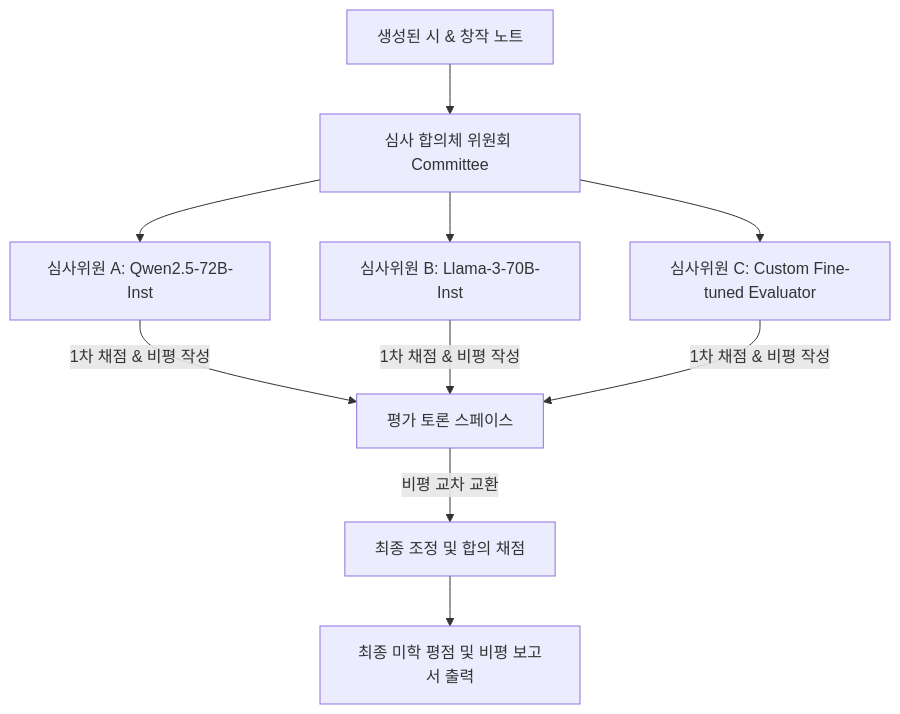
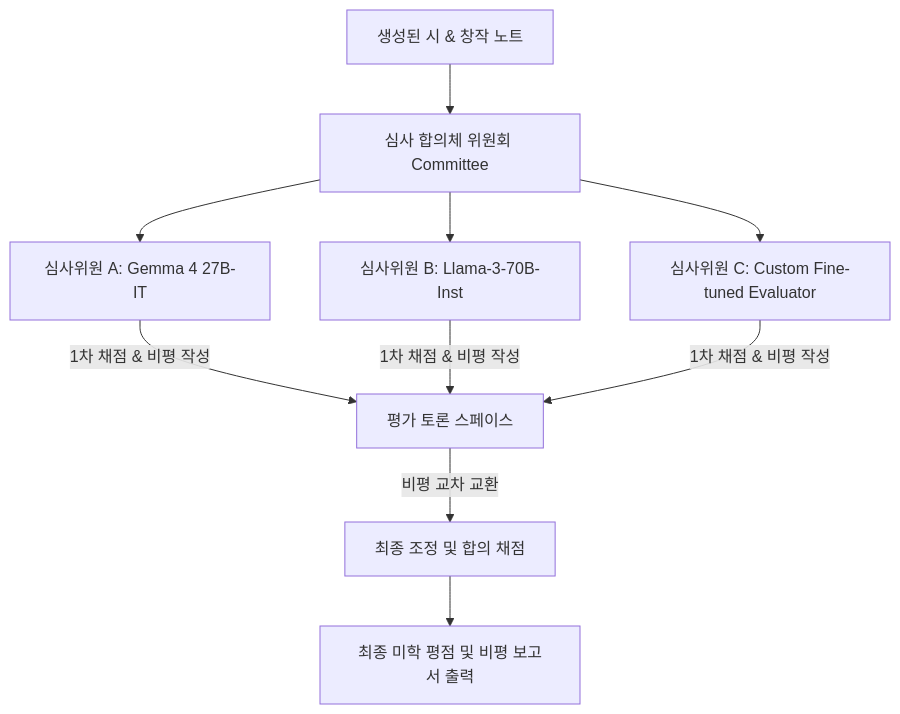
Before and after one commit to YiTanJang/poetry-llm: the first of 2 diagrams in poetry-llm/evaluation/llm_as_judge.md, drawn with Mermaid. The commit also changed other lines of this file and 21 other files, not shown here.

Commit message:
[model] Qwen2.5를 Gemma 4로 전역 교체 및 수정 제안 병합

````diff
--- a/poetry-llm/evaluation/llm_as_judge.md
+++ b/poetry-llm/evaluation/llm_as_judge.md
@@ -35,14 +35,14 @@
 ```mermaid
 graph TD
     A[생성된 시 & 창작 노트] --> B[심사 합의체 위원회 Committee]
-    B --> C[심사위원 A: Qwen2.5-72B-Inst]
+    B --> C[심사위원 A: Gemma 4 27B-IT]
     B --> D[심사위원 B: Llama-3-70B-Inst]
     B --> E[심사위원 C: Custom Fine-tuned Evaluator]
     
     C -->|1차 채점 & 비평 작성| F[평가 토론 스페이스]
     D -->|1차 채점 & 비평 작성| F
     F -->|비평 교차 교환| G[최종 조정 및 합의 채점]
     E -->|1차 채점 & 비평 작성| F
     
     G --> H[최종 미학 평점 및 비평 보고서 출력]
 ```
````
